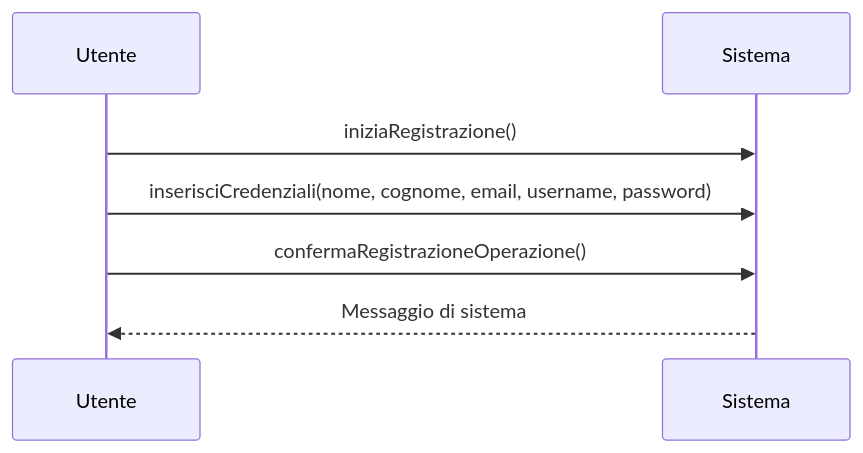
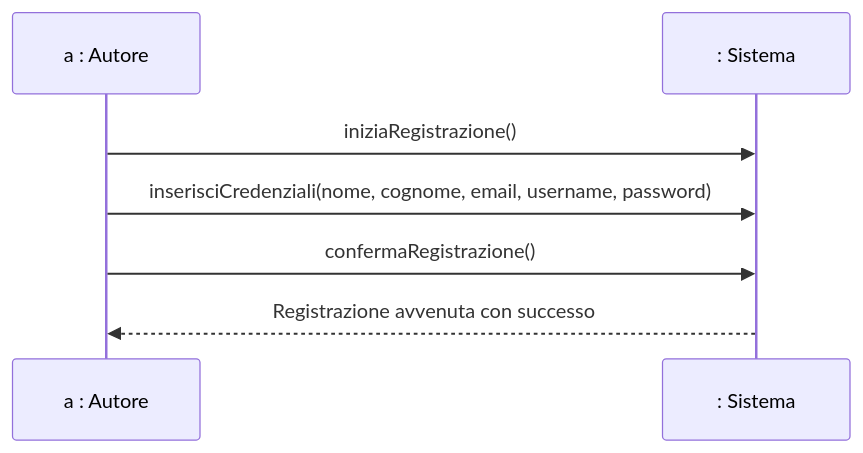
Before and after one commit to SicMic/Quix: the second of 9 diagrams in README.md, drawn with Mermaid. The commit also changed other lines of this file and 21 other files, not shown here.

````diff
--- a/README.md
+++ b/README.md
@@ -95,10 +111,10 @@
 ```mermaid
 sequenceDiagram
-    participant U as Utente
-    participant S as Sistema
+    participant A as a : Autore
+    participant S as : Sistema
 
-    U->>S: iniziaRegistrazione()
-    U->>S: inserisciCredenziali(nome, cognome, email, username, password)
-    U->>S: confermaRegistrazioneOperazione()
-    S-->>U: Messaggio di sistema
+    A->>S: iniziaRegistrazione()
+    A->>S: inserisciCredenziali(nome, cognome, email, username, password)
+    A->>S: confermaRegistrazione()
+    S-->>A: Registrazione avvenuta con successo
 ```
````
